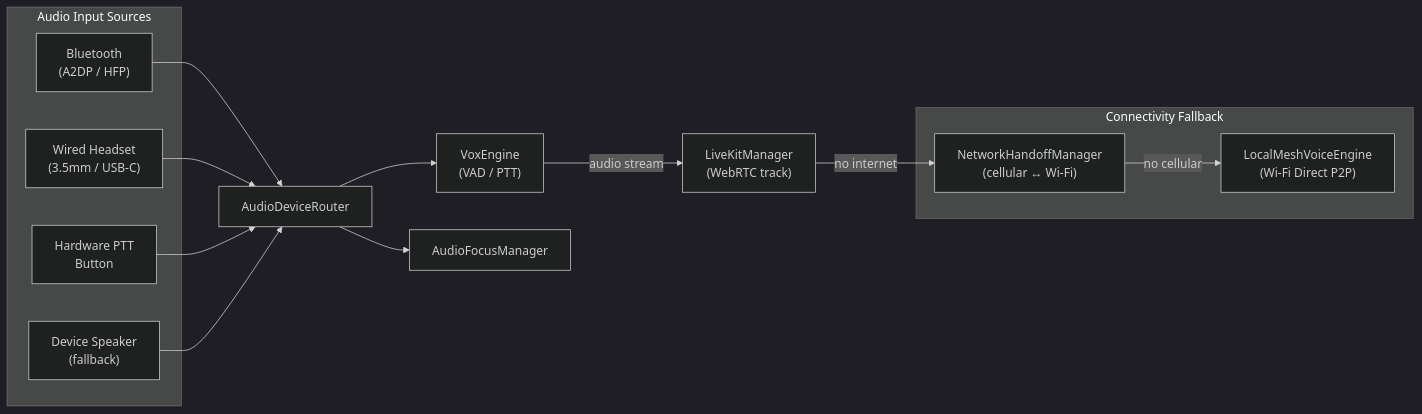
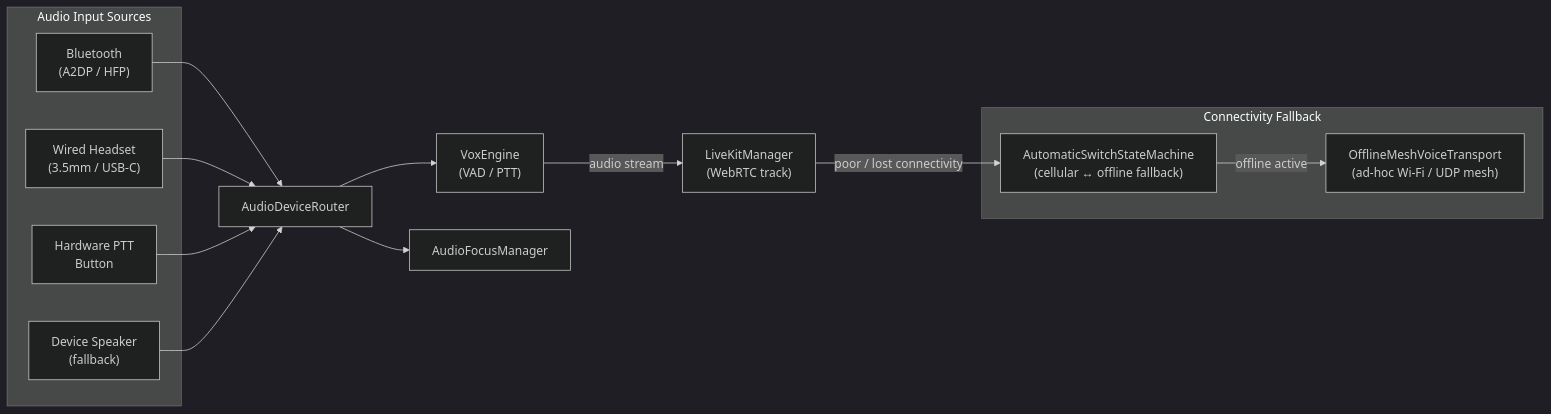
The fifth of 7 diagrams in ARCHITECTURE.md (BuzyU/Rider_APP), drawn with Mermaid (dark theme) before and after one commit. The commit also changed other lines of this file and 6 other files, not shown here.

Commit message:
docs: update repository documentation for offline mesh v2.0

````diff
--- a/ARCHITECTURE.md
+++ b/ARCHITECTURE.md
@@ -209,31 +216,31 @@
 ```mermaid
 flowchart LR
     subgraph Inputs["Audio Input Sources"]
         BT["Bluetooth\n(A2DP / HFP)"]
         Wired["Wired Headset\n(3.5mm / USB-C)"]
         PTTBtn["Hardware PTT\nButton"]
         Speaker["Device Speaker\n(fallback)"]
     end
 
     AudioRouter["AudioDeviceRouter"]
     VoxEngine["VoxEngine\n(VAD / PTT)"]
     AudioFocus["AudioFocusManager"]
 
     BT --> AudioRouter
     Wired --> AudioRouter
     PTTBtn --> AudioRouter
     Speaker --> AudioRouter
 
     AudioRouter --> VoxEngine
     AudioRouter --> AudioFocus
 
     VoxEngine -->|"audio stream"| LKManager["LiveKitManager\n(WebRTC track)"]
 
     subgraph Fallback["Connectivity Fallback"]
-        Handoff["NetworkHandoffManager\n(cellular ↔ Wi-Fi)"]
-        Mesh["LocalMeshVoiceEngine\n(Wi-Fi Direct P2P)"]
+        Handoff["AutomaticSwitchStateMachine\n(cellular ↔ offline fallback)"]
+        Mesh["OfflineMeshVoiceTransport\n(ad-hoc Wi-Fi / UDP mesh)"]
     end
 
-    LKManager -->|"no internet"| Handoff
-    Handoff -->|"no cellular"| Mesh
+    LKManager -->|"poor / lost connectivity"| Handoff
+    Handoff -->|"offline active"| Mesh
 ```
````
